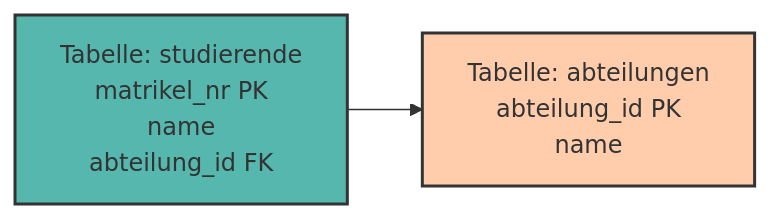
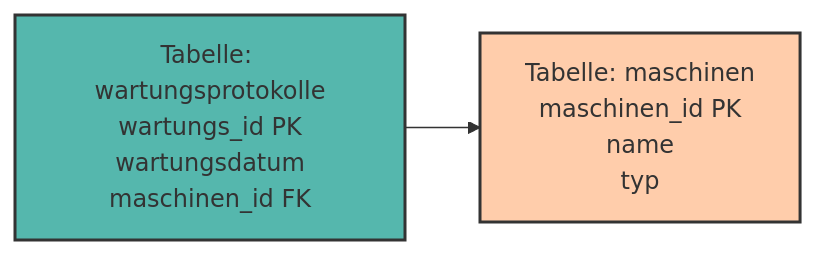
Before and after one commit to mciwing/data-campus: the first of 2 diagrams in docs/database/modellierung.md, drawn with Mermaid. The commit also changed other lines of this file and 9 other files, not shown here.

````diff
--- a/docs/database/modellierung.md
+++ b/docs/database/modellierung.md
@@ -155,7 +155,7 @@
 ```mermaid
 graph LR
-    A[Tabelle: studierende<br>matrikel_nr PK<br>name<br>abteilung_id FK]:::teal --> B[Tabelle: abteilungen<br>abteilung_id PK<br>name]:::peach
+    A[Tabelle: wartungsprotokolle<br>wartungs_id PK<br>wartungsdatum<br>maschinen_id FK]:::teal --> B[Tabelle: maschinen<br>maschinen_id PK<br>name<br>typ]:::peach
 
     classDef peach fill:#FFB482aa,stroke:#333,stroke-width:2px;
     classDef teal fill:#009485aa,stroke:#333,stroke-width:2px;
 ```
````
